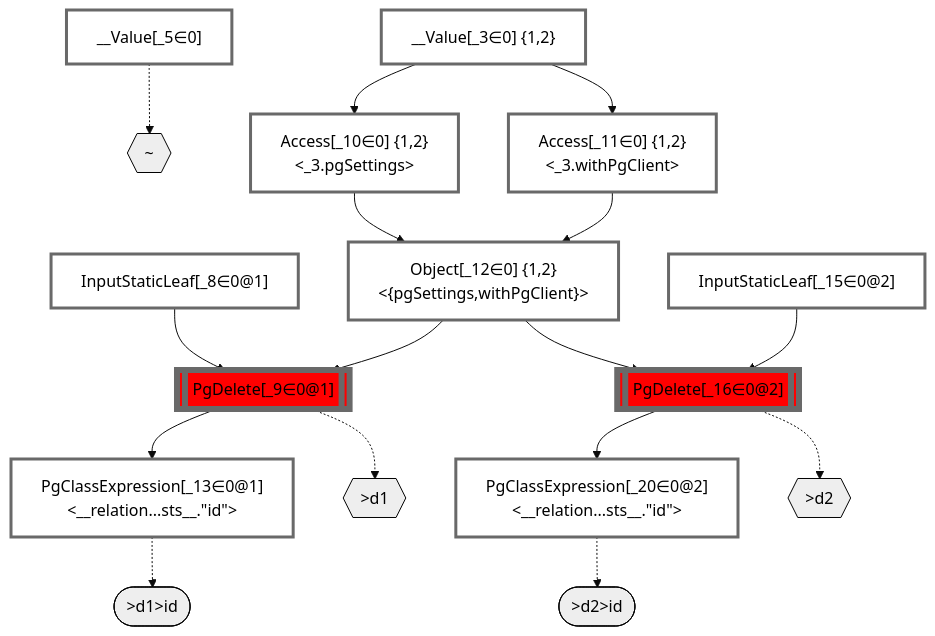
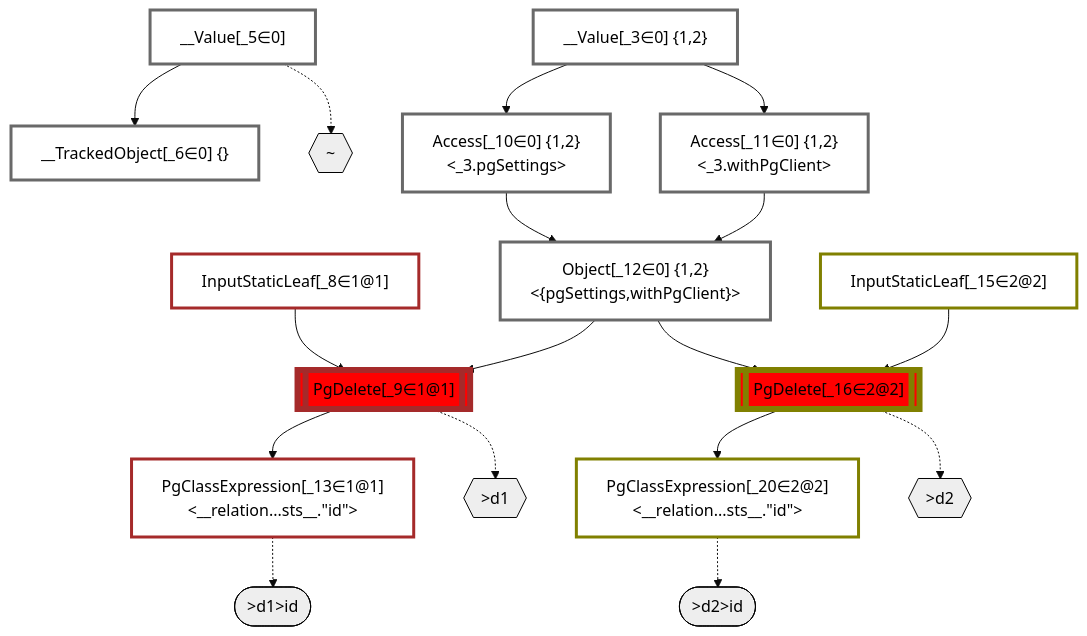
Before and after one commit to graphile/crystal: the diagram in packages/dataplan-pg/__tests__/mutations/basics/delete-relational-post-no-computed.mermaid.md, drawn with Mermaid (base theme). The commit also changed 42 other files, not shown here.

````diff
--- a/packages/dataplan-pg/__tests__/mutations/basics/delete-relational-post-no-computed.mermaid.md
+++ b/packages/dataplan-pg/__tests__/mutations/basics/delete-relational-post-no-computed.mermaid.md
@@ -1,55 +1,61 @@
 ```mermaid
 graph TD
     classDef path fill:#eee,stroke:#000,color:#000
     classDef plan fill:#fff,stroke-width:3px,color:#000
     classDef itemplan fill:#fff,stroke-width:6px,color:#000
     classDef sideeffectplan fill:#f00,stroke-width:6px,color:#000
 
     %% subgraph fields
     P1{{"~"}}:::path
     P2{{">d1"}}:::path
     P3([">d1>id"]):::path
     %% P2 -.-> P3
     %% P1 -.-> P2
     P4{{">d2"}}:::path
     P5([">d2>id"]):::path
     %% P4 -.-> P5
     %% P1 -.-> P4
     %% end
 
     %% define plans
     __Value_3["__Value[_3∈0] {1,2}<br /><context>"]:::plan
     __Value_5["__Value[_5∈0]<br /><rootValue>"]:::plan
-    InputStaticLeaf_8["InputStaticLeaf[_8∈0@1]"]:::plan
-    PgDelete_9[["PgDelete[_9∈0@1]"]]:::sideeffectplan
+    __TrackedObject_6["__TrackedObject[_6∈0] {}"]:::plan
+    InputStaticLeaf_8["InputStaticLeaf[_8∈1@1]"]:::plan
+    PgDelete_9[["PgDelete[_9∈1@1]"]]:::sideeffectplan
     Access_10["Access[_10∈0] {1,2}<br /><_3.pgSettings>"]:::plan
     Access_11["Access[_11∈0] {1,2}<br /><_3.withPgClient>"]:::plan
     Object_12["Object[_12∈0] {1,2}<br /><{pgSettings,withPgClient}>"]:::plan
-    PgClassExpression_13["PgClassExpression[_13∈0@1]<br /><__relation...sts__.#quot;id#quot;>"]:::plan
-    InputStaticLeaf_15["InputStaticLeaf[_15∈0@2]"]:::plan
-    PgDelete_16[["PgDelete[_16∈0@2]"]]:::sideeffectplan
-    PgClassExpression_20["PgClassExpression[_20∈0@2]<br /><__relation...sts__.#quot;id#quot;>"]:::plan
+    PgClassExpression_13["PgClassExpression[_13∈1@1]<br /><__relation...sts__.#quot;id#quot;>"]:::plan
+    InputStaticLeaf_15["InputStaticLeaf[_15∈2@2]"]:::plan
+    PgDelete_16[["PgDelete[_16∈2@2]"]]:::sideeffectplan
+    PgClassExpression_20["PgClassExpression[_20∈2@2]<br /><__relation...sts__.#quot;id#quot;>"]:::plan
 
     %% plan dependencies
+    __Value_5 --> __TrackedObject_6
     Object_12 --> PgDelete_9
     InputStaticLeaf_8 --> PgDelete_9
     __Value_3 --> Access_10
     __Value_3 --> Access_11
     Access_10 --> Object_12
     Access_11 --> Object_12
     PgDelete_9 --> PgClassExpression_13
     Object_12 --> PgDelete_16
     InputStaticLeaf_15 --> PgDelete_16
     PgDelete_16 --> PgClassExpression_20
 
     %% plan-to-path relationships
     __Value_5 -.-> P1
     PgDelete_9 -.-> P2
     PgClassExpression_13 -.-> P3
     PgDelete_16 -.-> P4
     PgClassExpression_20 -.-> P5
 
     %% allocate buckets
     classDef bucket0 stroke:#696969
-    class __Value_3,__Value_5,InputStaticLeaf_8,PgDelete_9,Access_10,Access_11,Object_12,PgClassExpression_13,InputStaticLeaf_15,PgDelete_16,PgClassExpression_20 bucket0
+    class __Value_3,__Value_5,__TrackedObject_6,Access_10,Access_11,Object_12 bucket0
+    classDef bucket1 stroke:#a52a2a
+    class InputStaticLeaf_8,PgDelete_9,PgClassExpression_13 bucket1
+    classDef bucket2 stroke:#808000
+    class InputStaticLeaf_15,PgDelete_16,PgClassExpression_20 bucket2
 ```
````
